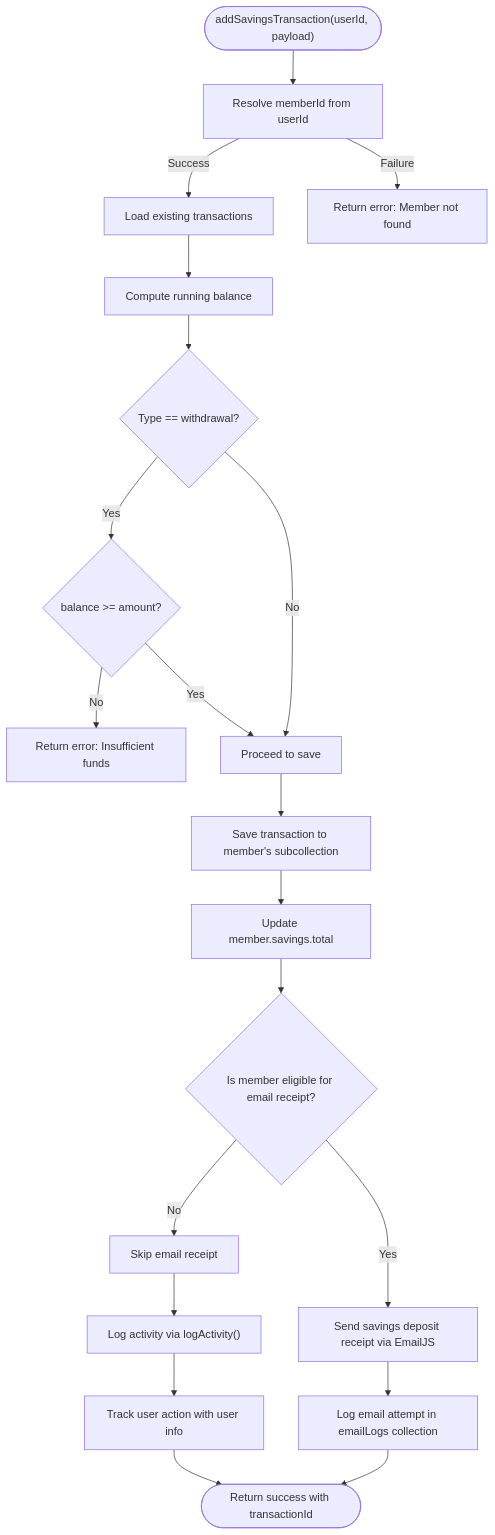
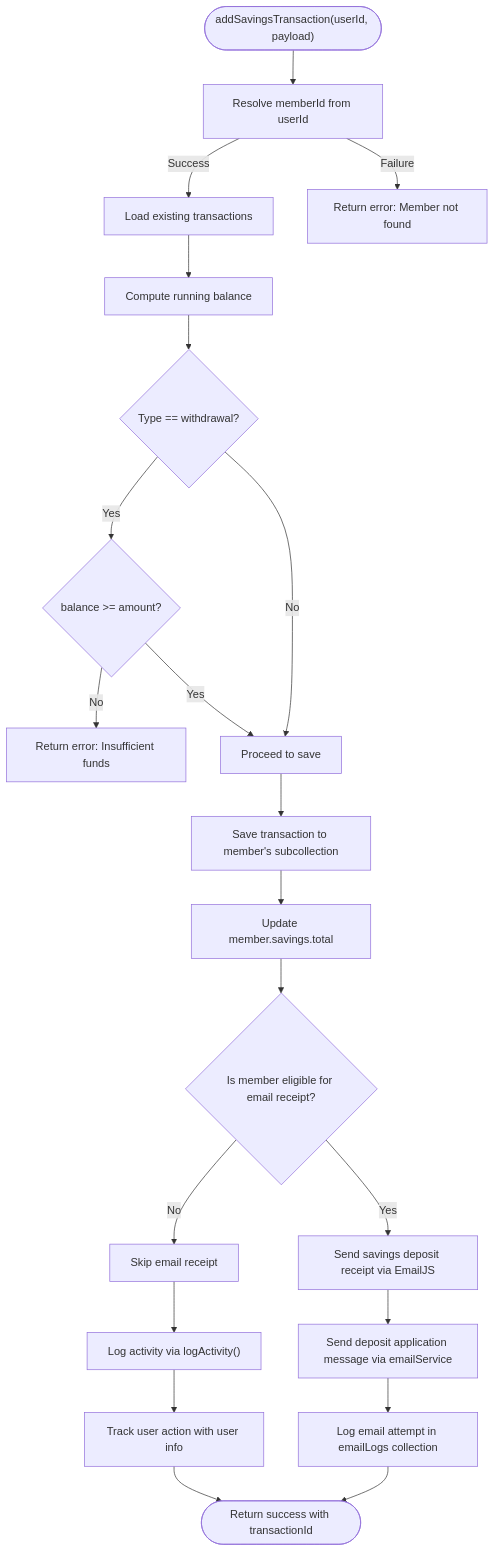
One commit to Unsure-bry/sampacoop_system changed the fourth of 22 diagrams in .qoder/repowiki/en/content/Savings Management System/Savings Management System.md. Above: the diagram before and after it, drawn with Mermaid. The commit also changed other lines of this file and 12 other files, not shown here.

````diff
--- a/.qoder/repowiki/en/content/Savings Management System/Savings Management System.md
+++ b/.qoder/repowiki/en/content/Savings Management System/Savings Management System.md
@@ -252,22 +268,23 @@
 ```mermaid
 flowchart TD
 Start(["addSavingsTransaction(userId, payload)"]) --> Resolve["Resolve memberId from userId"]
 Resolve --> |Success| LoadTx["Load existing transactions"]
 Resolve --> |Failure| Error1["Return error: Member not found"]
 LoadTx --> Calc["Compute running balance"]
 Calc --> Validate{"Type == withdrawal?"}
 Validate --> |Yes| Enough{"balance >= amount?"}
 Enough --> |No| Error2["Return error: Insufficient funds"]
 Enough --> |Yes| Proceed["Proceed to save"]
 Validate --> |No| Proceed
 Proceed --> Save["Save transaction to member's subcollection"]
 Save --> UpdateMember["Update member.savings.total"]
 UpdateMember --> CheckRole{"Is member eligible for email receipt?"}
 CheckRole --> |Yes| SendEmail["Send savings deposit receipt via EmailJS"]
 CheckRole --> |No| SkipEmail["Skip email receipt"]
-SendEmail --> LogEmail["Log email attempt in emailLogs collection"]
+SendEmail --> SendAppMsg["Send deposit application message via emailService"]
+SendAppMsg --> LogEmail["Log email attempt in emailLogs collection"]
 SkipEmail --> LogActivity["Log activity via logActivity()"]
 LogActivity --> LogUser["Track user action with user info"]
 LogUser --> Done(["Return success with transactionId"])
 LogEmail --> Done
 ```
````
